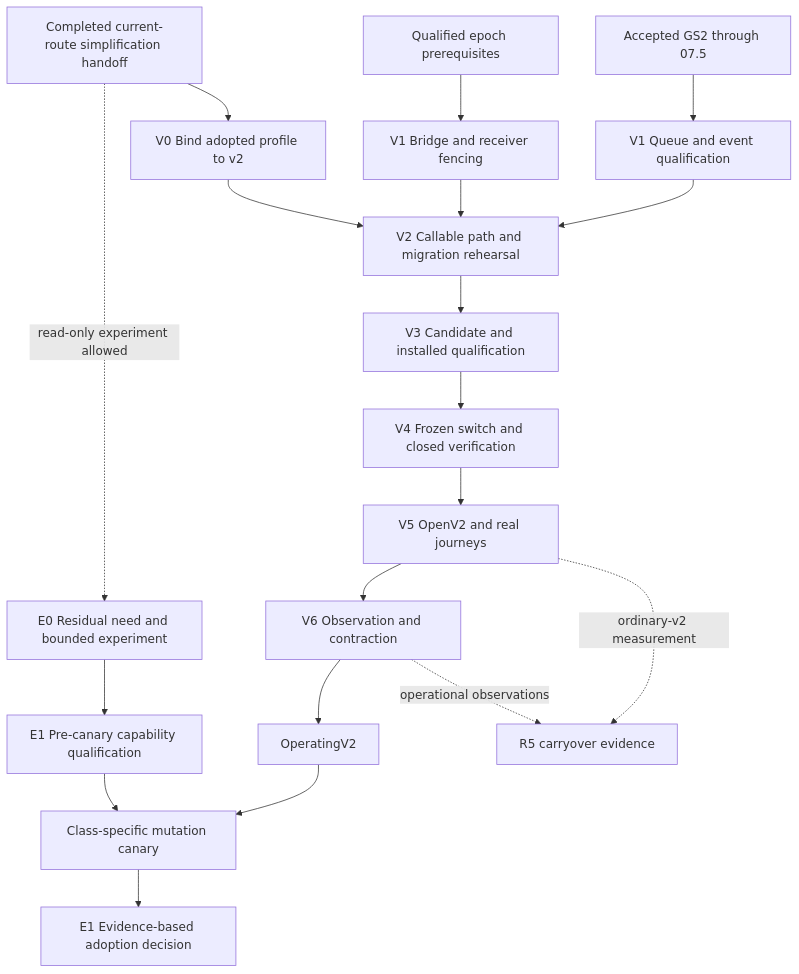
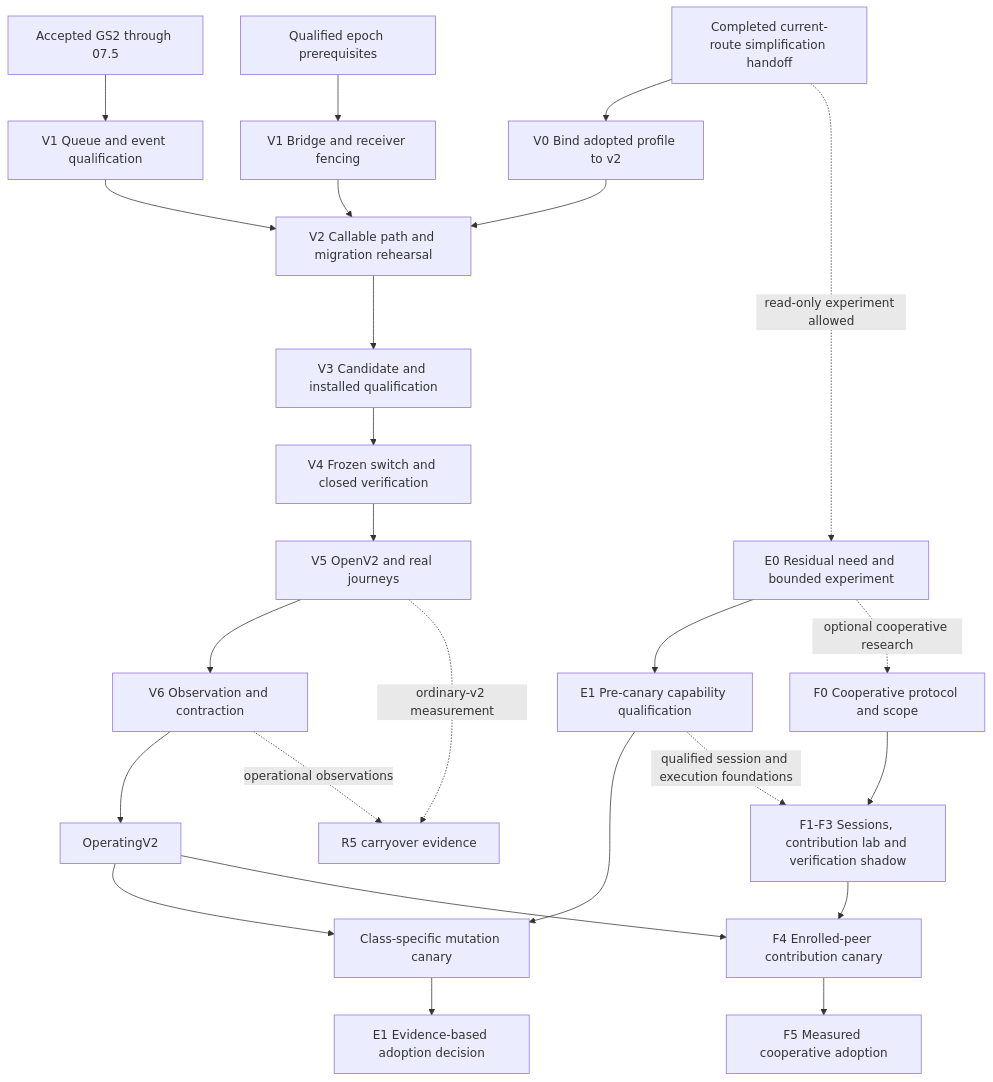
The second of 2 diagrams in docs/2026-09-07-154210-fs-gg-unified-development-roadmap.md (FS-GG/.github), drawn with Mermaid before and after one commit. The commit also changed other lines of this file, not shown here.

Commit message:
docs: make cooperative client and master orchestration explicit

````diff
--- a/docs/2026-09-07-154210-fs-gg-unified-development-roadmap.md
+++ b/docs/2026-09-07-154210-fs-gg-unified-development-roadmap.md
@@ -757,21 +817,27 @@
 ```mermaid
 flowchart TD
     H[Completed current-route simplification handoff] --> V0[V0 Bind adopted profile to v2]
     F[Accepted GS2 through 07.5] --> Q[V1 Queue and event qualification]
     B[Qualified epoch prerequisites] --> Bridge[V1 Bridge and receiver fencing]
     Q --> V2[V2 Callable path and migration rehearsal]
     Bridge --> V2
     V0 --> V2
     V2 --> V3[V3 Candidate and installed qualification]
     V3 --> V4[V4 Frozen switch and closed verification]
     V4 --> V5[V5 OpenV2 and real journeys]
     V5 --> V6[V6 Observation and contraction]
     V6 --> Operating[OperatingV2]
     H -. read-only experiment allowed .-> E0[E0 Residual need and bounded experiment]
     E0 --> E1[E1 Pre-canary capability qualification]
     Operating --> Canary[Class-specific mutation canary]
     E1 --> Canary
     Canary --> Adopt[E1 Evidence-based adoption decision]
+    E0 -. optional cooperative research .-> F0[F0 Cooperative protocol and scope]
+    F0 --> FPrep[F1-F3 Sessions, contribution lab and verification shadow]
+    E1 -. qualified session and execution foundations .-> FPrep
+    FPrep --> FCanary[F4 Enrolled-peer contribution canary]
+    Operating --> FCanary
+    FCanary --> F5[F5 Measured cooperative adoption]
     V5 -. ordinary-v2 measurement .-> R5[R5 carryover evidence]
     V6 -. operational observations .-> R5
 ```
````
